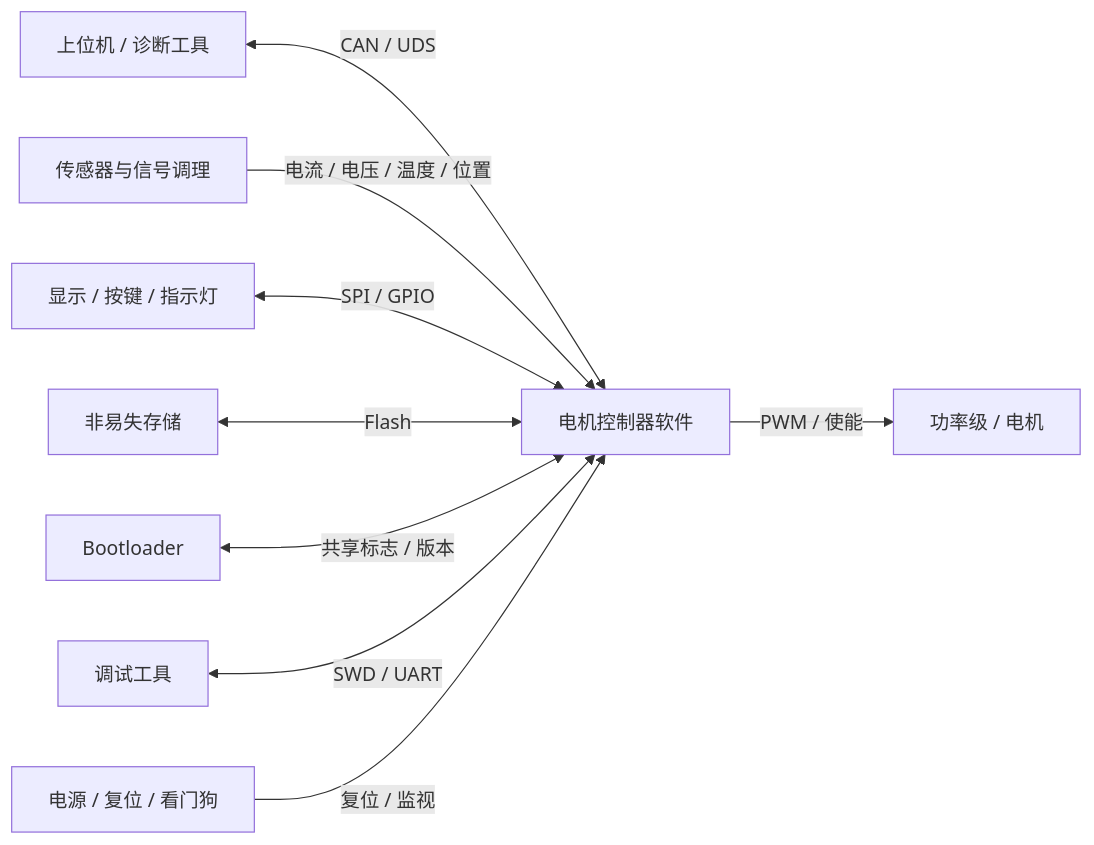
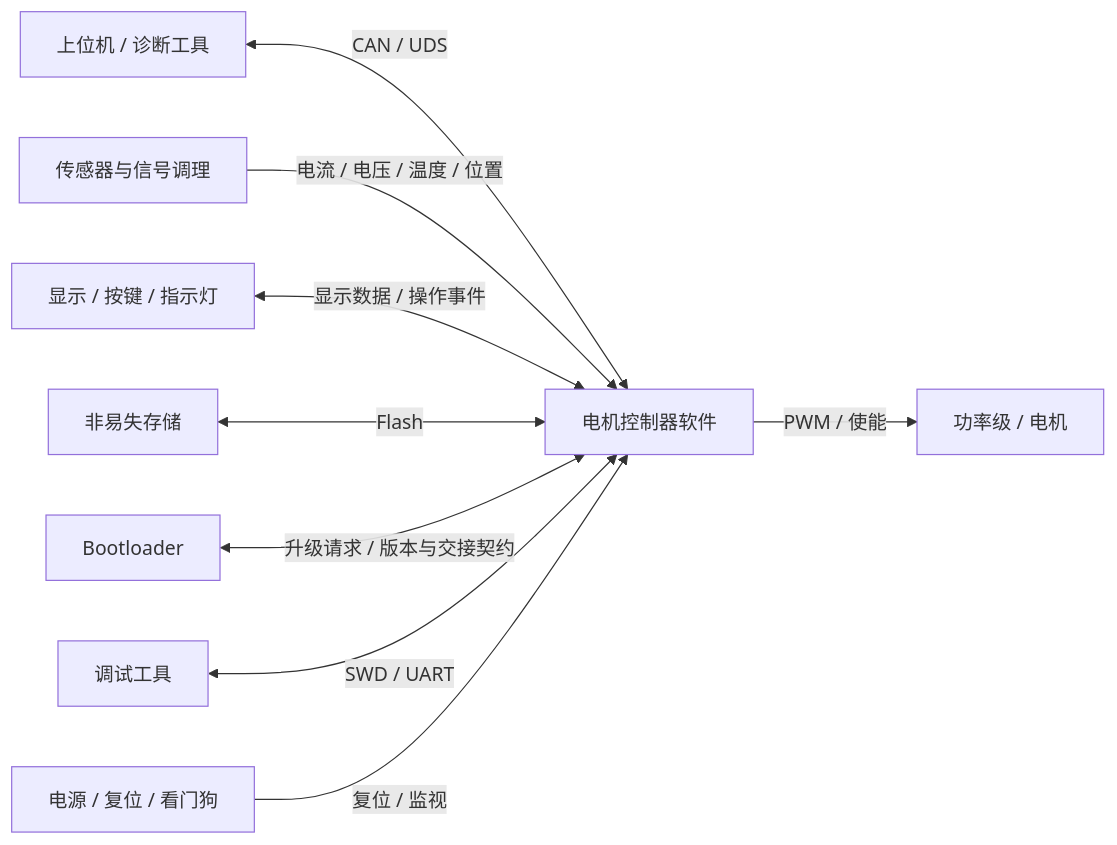
The first of 4 diagrams in aspice-docs-from-gpt-demo/SWE1_软件需求规格说明书.md (lijim0507/skills), drawn with Mermaid before and after one commit. The commit also changed other lines of this file, not shown here.

````diff
--- a/aspice-docs-from-gpt-demo/SWE1_软件需求规格说明书.md
+++ b/aspice-docs-from-gpt-demo/SWE1_软件需求规格说明书.md
@@ -133,11 +135,11 @@
 ```mermaid
 flowchart LR
   HOST["上位机 / 诊断工具"] <-->|"CAN / UDS"| SW["电机控制器软件"]
   SENS["传感器与信号调理"] -->|"电流 / 电压 / 温度 / 位置"| SW
   SW -->|"PWM / 使能"| PWR["功率级 / 电机"]
-  HMI["显示 / 按键 / 指示灯"] <-->|"SPI / GPIO"| SW
+  HMI["显示 / 按键 / 指示灯"] <-->|"显示数据 / 操作事件"| SW
   NVM["非易失存储"] <-->|"Flash"| SW
-  BOOT["Bootloader"] <-->|"共享标志 / 版本"| SW
+  BOOT["Bootloader"] <-->|"升级请求 / 版本与交接契约"| SW
   DEBUG["调试工具"] <-->|"SWD / UART"| SW
   MON["电源 / 复位 / 看门狗"] -->|"复位 / 监视"| SW
 ```
````
